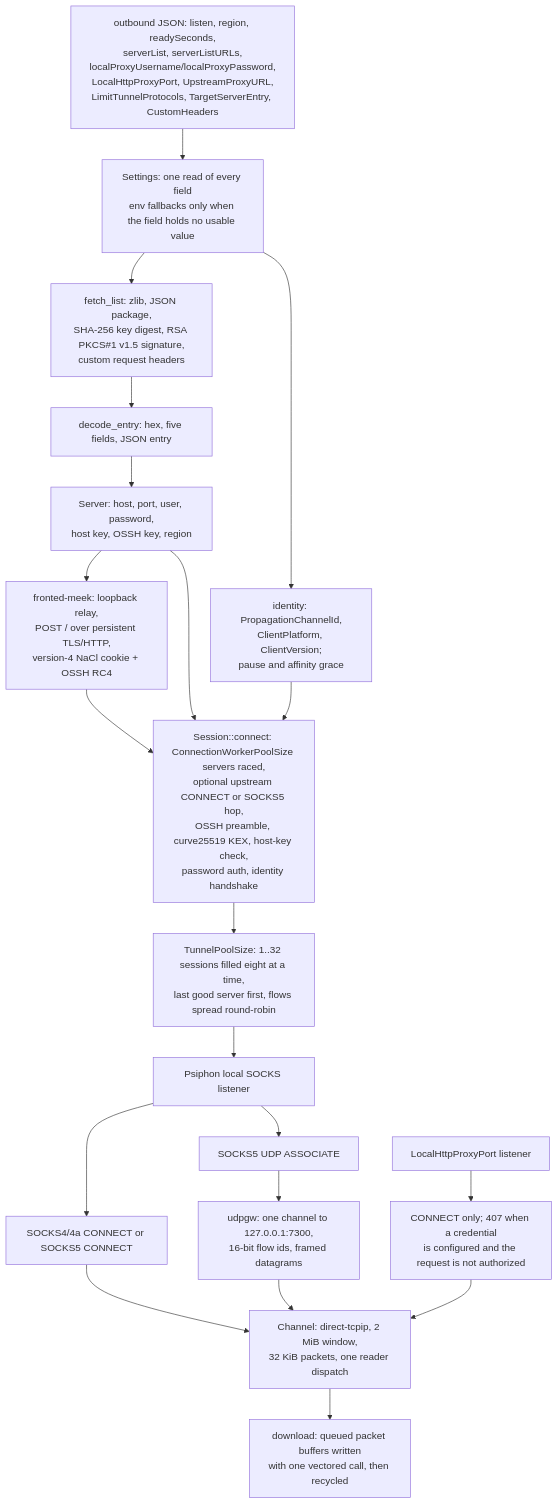
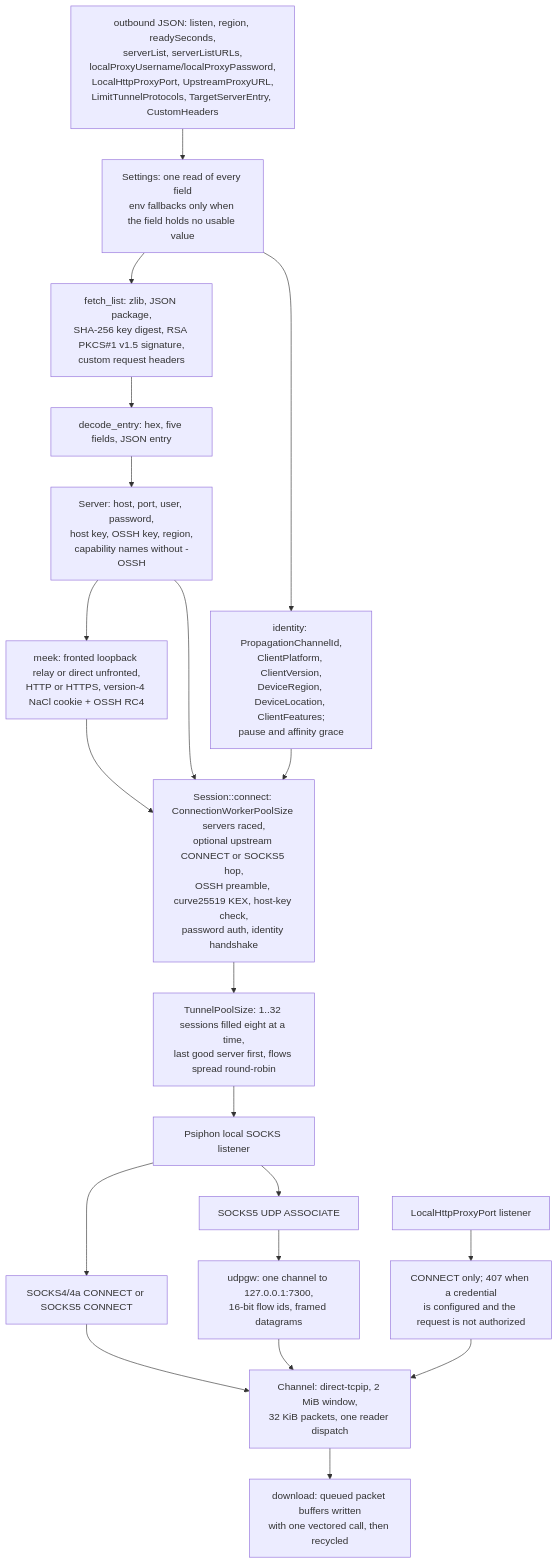
Before and after one commit to Ferrocite/ferrox: the diagram in docs/function/carrier-psiphon.md, drawn with Mermaid. The commit also changed other lines of this file and 1 other file, not shown here.

Commit message:
psiphon: document device identity and unfronted meek

````diff
--- a/docs/function/carrier-psiphon.md
+++ b/docs/function/carrier-psiphon.md
@@ -7,22 +7,22 @@
 ```mermaid
 graph TD
     A["outbound JSON: listen, region, readySeconds,<br/>serverList, serverListURLs,<br/>localProxyUsername/localProxyPassword,<br/>LocalHttpProxyPort, UpstreamProxyURL,<br/>LimitTunnelProtocols, TargetServerEntry, CustomHeaders"] --> B["Settings: one read of every field<br/>env fallbacks only when the field holds no usable value"]
     B --> C["fetch_list: zlib, JSON package,<br/>SHA-256 key digest, RSA PKCS#1 v1.5 signature,<br/>custom request headers"]
-    B --> B2["identity: PropagationChannelId,<br/>ClientPlatform, ClientVersion;<br/>pause and affinity grace"]
+    B --> B2["identity: PropagationChannelId,<br/>ClientPlatform, ClientVersion,<br/>DeviceRegion, DeviceLocation, ClientFeatures;<br/>pause and affinity grace"]
     C --> D["decode_entry: hex, five fields, JSON entry"]
-    D --> E["Server: host, port, user, password,<br/>host key, OSSH key, region"]
-    E --> E2["fronted-meek: loopback relay,<br/>POST / over persistent TLS/HTTP,<br/>version-4 NaCl cookie + OSSH RC4"]
+    D --> E["Server: host, port, user, password,<br/>host key, OSSH key, region,<br/>capability names without -OSSH"]
+    E --> E2["meek: fronted loopback relay or direct unfronted,<br/>HTTP or HTTPS, version-4 NaCl cookie + OSSH RC4"]
     E2 --> F
     E --> F["Session::connect: ConnectionWorkerPoolSize servers raced,<br/>optional upstream CONNECT or SOCKS5 hop,<br/>OSSH preamble, curve25519 KEX, host-key check,<br/>password auth, identity handshake"]
     B2 --> F
     F --> P["TunnelPoolSize: 1..32 sessions filled eight at a time,<br/>last good server first, flows spread round-robin"]
     P --> G["Psiphon local SOCKS listener"]
     G --> H["SOCKS4/4a CONNECT or SOCKS5 CONNECT"]
     H --> I["Channel: direct-tcpip, 2 MiB window,<br/>32 KiB packets, one reader dispatch"]
     I --> Z["download: queued packet buffers written<br/>with one vectored call, then recycled"]
     G --> J["SOCKS5 UDP ASSOCIATE"]
     J --> K["udpgw: one channel to 127.0.0.1:7300,<br/>16-bit flow ids, framed datagrams"]
     K --> I
     L["LocalHttpProxyPort listener"] --> M["CONNECT only; 407 when a credential<br/>is configured and the request is not authorized"]
     M --> I
 ```
````
